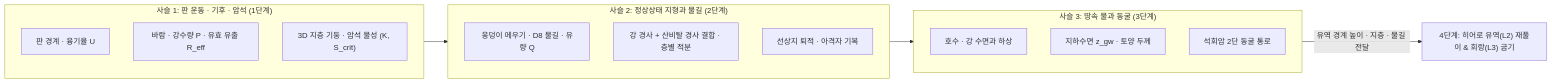
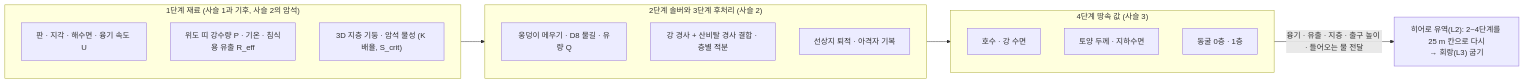
Before and after one commit to CAU-8/B-PCG: the second of 2 diagrams in docs/architecture.md, drawn with Mermaid. The commit also changed other lines of this file, not shown here.

First line of the commit message:
docs(architecture): 코드에 없는 파일·함수·설정 이름과 식을 코드에 맞춰 다시 씀

````diff
--- a/docs/architecture.md
+++ b/docs/architecture.md
@@ -108,20 +111,20 @@
 ```mermaid
 flowchart LR
-    subgraph C1["사슬 1: 판 운동 · 기후 · 암석 (1단계)"]
-        T["판 경계 · 융기율 U"]
-        CL["바람 · 강수량 P · 유효 유출 R_eff"]
-        G["3D 지층 기둥 · 암석 물성 (K, S_crit)"]
+    subgraph C1["1단계 재료 (사슬 1과 기후, 사슬 2의 암석)"]
+        T["판 · 지각 · 해수면 · 융기 속도 U"]
+        CL["위도 띠 강수량 P · 기온 · 침식용 유출 R_eff"]
+        G["3D 지층 기둥 · 암석 물성 (K 배율, S_crit)"]
     end
-    subgraph C2["사슬 2: 정상상태 지형과 물길 (2단계)"]
+    subgraph C2["2단계 솔버와 3단계 후처리 (사슬 2)"]
         H["웅덩이 메우기 · D8 물길 · 유량 Q"]
         S["강 경사 + 산비탈 경사 결합 · 층별 적분"]
         F["선상지 퇴적 · 아격자 기복"]
     end
-    subgraph C3["사슬 3: 땅속 물과 동굴 (3단계)"]
-        W["호수 · 강 수면과 하상"]
-        WT["지하수면 z_gw · 토양 두께"]
-        CV["석회암 2단 동굴 통로"]
+    subgraph C3["4단계 땅속 값 (사슬 3)"]
+        W["호수 · 강 수면"]
+        WT["토양 두께 · 지하수면"]
+        CV["동굴 0층 · 1층"]
     end
     C1 --> C2 --> C3
-    C3 -->|"유역 경계 높이 · 지층 · 물길 전달"| HERO["4단계: 히어로 유역(L2) 재풀이 & 회랑(L3) 굽기"]
+    C3 -->|"융기 · 유출 · 지층 · 출구 높이 · 들어오는 물 전달"| HERO["히어로 유역(L2): 2~4단계를 25 m 칸으로 다시<br/>→ 회랑(L3) 굽기"]
 ```
````
